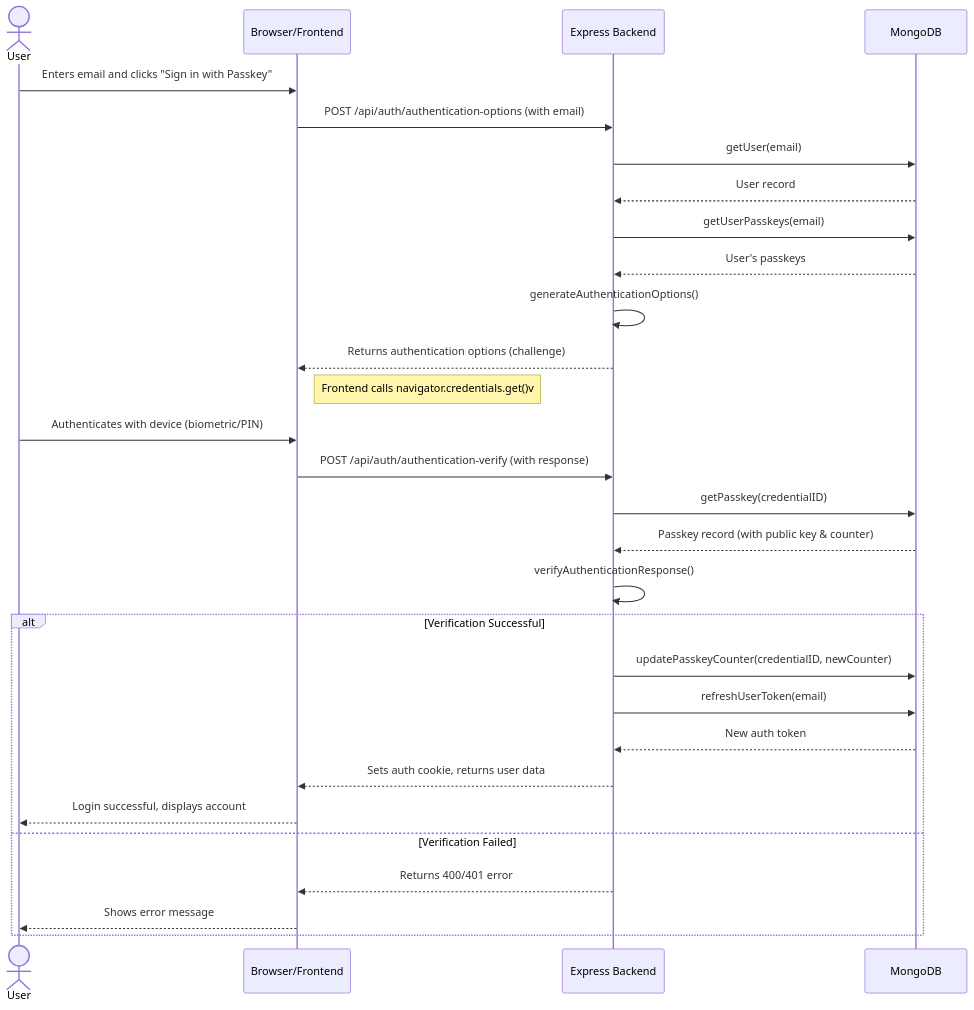
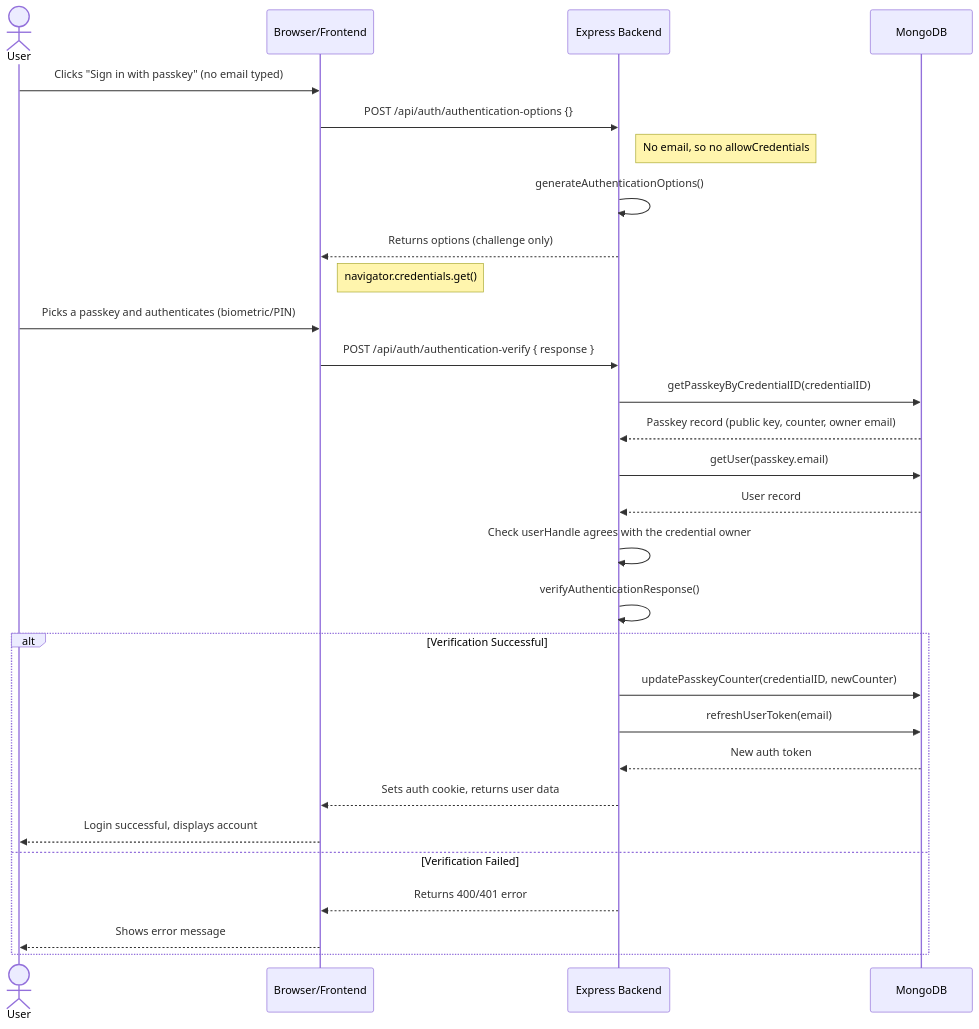
One commit to Centerearth/FIDO2_attacks changed the diagram in docs/passkey-login.md. Above: the diagram before and after it, drawn with Mermaid. The commit also changed other lines of this file and 13 other files, not shown here.

````diff
--- a/docs/passkey-login.md
+++ b/docs/passkey-login.md
@@ -5,32 +11,35 @@
 ```mermaid
 sequenceDiagram
     actor User
     participant Frontend as Browser/Frontend
     participant Backend as Express Backend
     participant DB as MongoDB
 
-    User->>Frontend: Enters email and clicks "Sign in with Passkey"
-    Frontend->>Backend: POST /api/auth/authentication-options (with email)
-    Backend->>DB: getUser(email)
+    User->>Frontend: Clicks "Sign in with passkey" (no email typed)
+    Frontend->>Backend: POST /api/auth/authentication-options {}
+    Note right of Backend: No email, so no allowCredentials
+    Backend->>Backend: generateAuthenticationOptions()
+    Backend-->>Frontend: Returns options (challenge only)
+
+    Note right of Frontend: navigator.credentials.get()
+    User->>Frontend: Picks a passkey and authenticates (biometric/PIN)
+    Frontend->>Backend: POST /api/auth/authentication-verify { response }
+
+    Backend->>DB: getPasskeyByCredentialID(credentialID)
+    DB-->>Backend: Passkey record (public key, counter, owner email)
+    Backend->>DB: getUser(passkey.email)
     DB-->>Backend: User record
-    Backend->>DB: getUserPasskeys(email)
-    DB-->>Backend: User's passkeys
-    Backend->>Backend: generateAuthenticationOptions()
-    Backend-->>Frontend: Returns authentication options (challenge)
-    Note right of Frontend: Frontend calls navigator.credentials.get()v
-    User->>Frontend: Authenticates with device (biometric/PIN)
-    Frontend->>Backend: POST /api/auth/authentication-verify (with response)
-    Backend->>DB: getPasskey(credentialID)
-    DB-->>Backend: Passkey record (with public key & counter)
+    Backend->>Backend: Check userHandle agrees with the credential owner
     Backend->>Backend: verifyAuthenticationResponse()
+
     alt Verification Successful
         Backend->>DB: updatePasskeyCounter(credentialID, newCounter)
         Backend->>DB: refreshUserToken(email)
         DB-->>Backend: New auth token
         Backend-->>Frontend: Sets auth cookie, returns user data
         Frontend-->>User: Login successful, displays account
     else Verification Failed
         Backend-->>Frontend: Returns 400/401 error
         Frontend-->>User: Shows error message
     end
 ```
````
